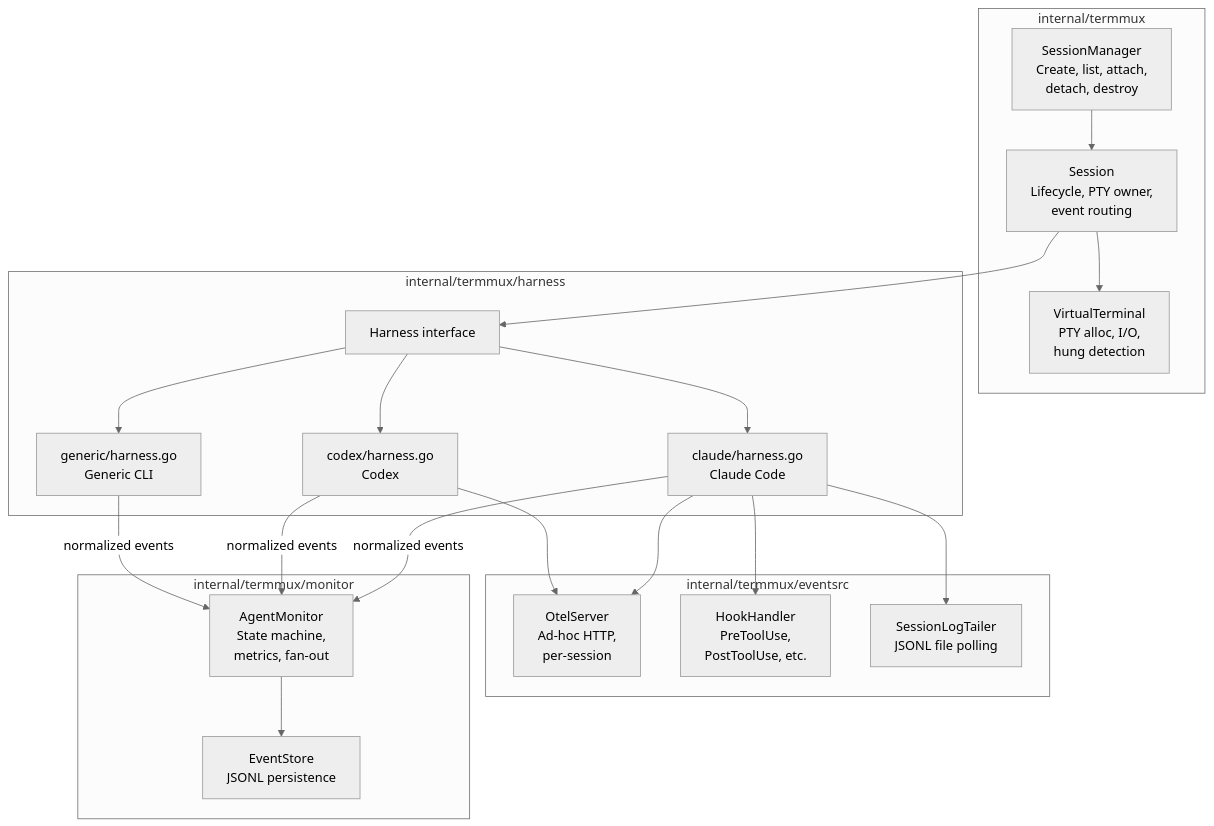
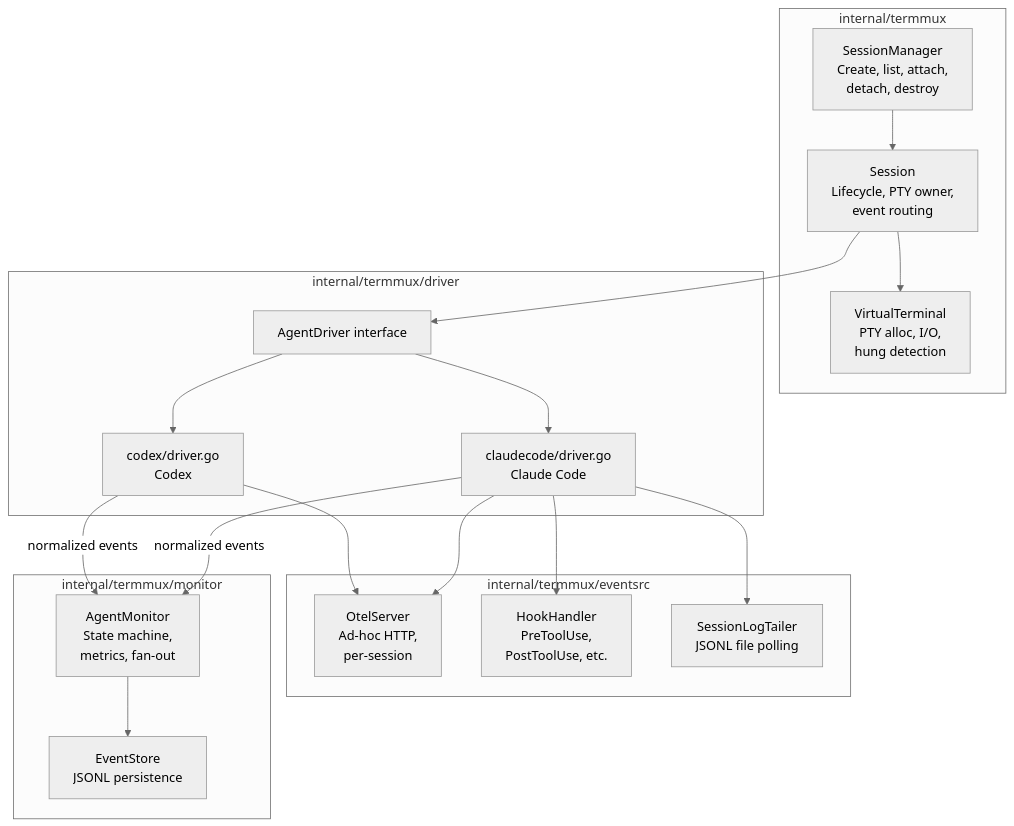
The first of 3 diagrams in docs/plans/09-h2-termmux-port.md (dcosson/flex-agent-runtime), drawn with Mermaid (neutral theme) before and after one commit. The commit also changed other lines of this file and 3 other files, not shown here.

````diff
--- a/docs/plans/09-h2-termmux-port.md
+++ b/docs/plans/09-h2-termmux-port.md
@@ -34,41 +34,39 @@
 ```mermaid
 graph TB
     subgraph "internal/termmux"
         SM[SessionManager<br/>Create, list, attach,<br/>detach, destroy]
         S[Session<br/>Lifecycle, PTY owner,<br/>event routing]
         VT[VirtualTerminal<br/>PTY alloc, I/O,<br/>hung detection]
         SM --> S
         S --> VT
     end
 
-    subgraph "internal/termmux/harness"
-        HI[Harness interface]
-        HC[claude/harness.go<br/>Claude Code]
-        HX[codex/harness.go<br/>Codex]
-        HG[generic/harness.go<br/>Generic CLI]
+    subgraph "internal/termmux/driver"
+        HI[AgentDriver interface]
+        HC[claudecode/driver.go<br/>Claude Code]
+        HX[codex/driver.go<br/>Codex]
         HI --> HC
         HI --> HX
-        HI --> HG
     end
 
     subgraph "internal/termmux/eventsrc"
         OTEL[OtelServer<br/>Ad-hoc HTTP,<br/>per-session]
         HOOK[HookHandler<br/>PreToolUse,<br/>PostToolUse, etc.]
         TAIL[SessionLogTailer<br/>JSONL file polling]
     end
 
     subgraph "internal/termmux/monitor"
         MON[AgentMonitor<br/>State machine,<br/>metrics, fan-out]
         ES[EventStore<br/>JSONL persistence]
         MON --> ES
     end
 
     S --> HI
     HC --> OTEL
     HC --> HOOK
     HC --> TAIL
     HX --> OTEL
+
     HC -->|normalized events| MON
     HX -->|normalized events| MON
-    HG -->|normalized events| MON
 ```
````
